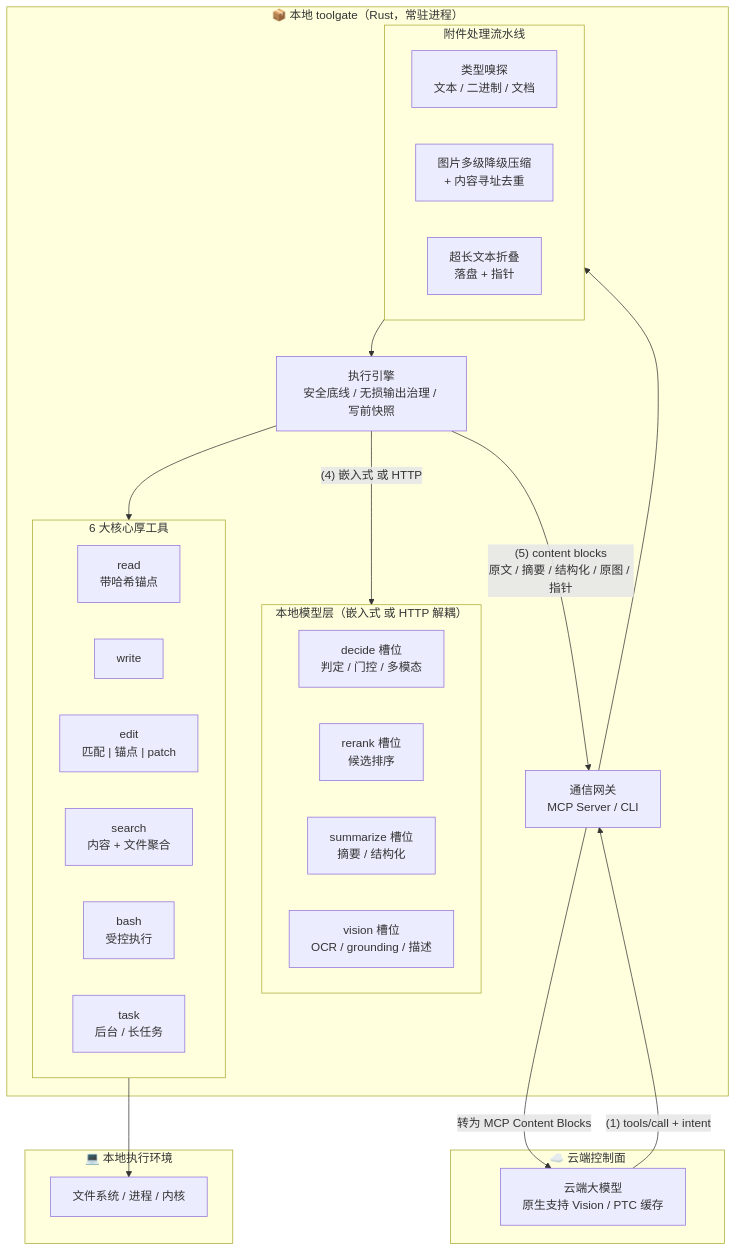
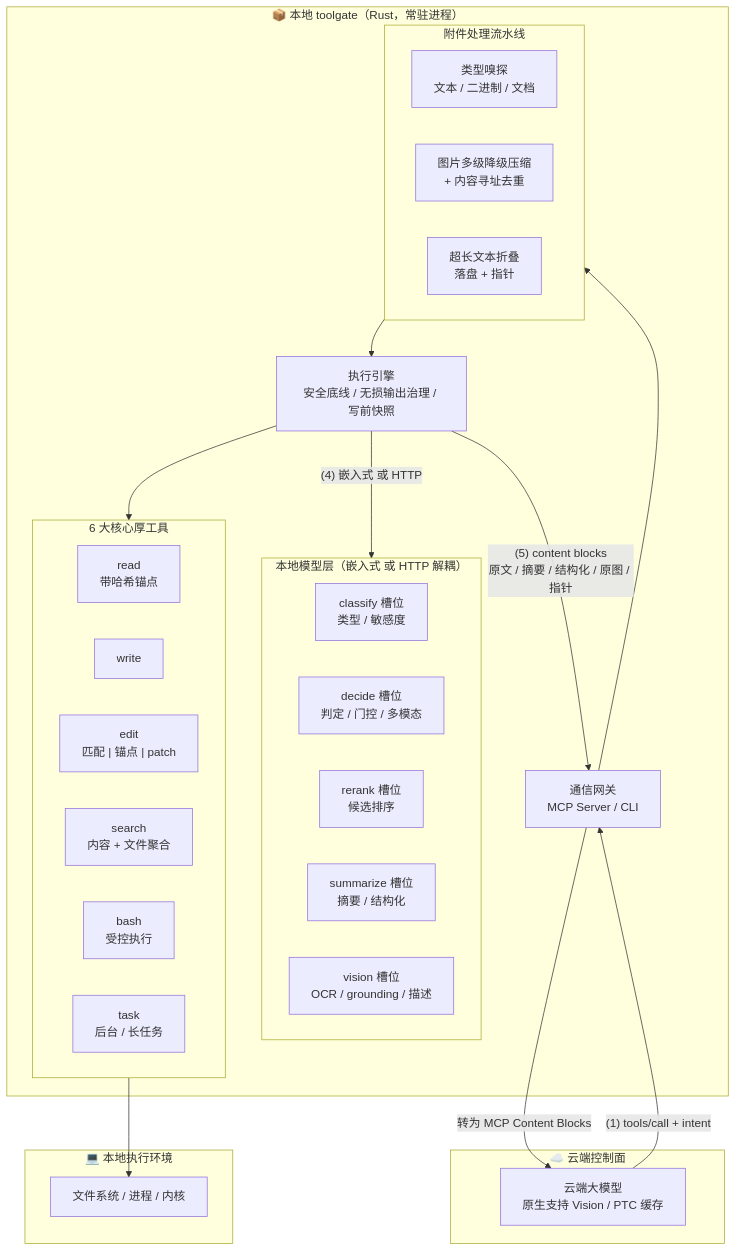
The first of 2 diagrams in docs/architecture.md (lws2004/toolgate), drawn with Mermaid before and after one commit. The commit also changed other lines of this file and 8 other files, not shown here.

````diff
--- a/docs/architecture.md
+++ b/docs/architecture.md
@@ -229,48 +276,49 @@
 ```mermaid
 flowchart TD
     subgraph Cloud["☁️ 云端控制面"]
         CloudLLM["云端大模型<br/>原生支持 Vision / PTC 缓存"]
     end
 
     subgraph LocalTool["📦 本地 toolgate（Rust，常驻进程）"]
         Gateway["通信网关<br/>MCP Server / CLI"]
 
         subgraph AttachmentPipeline["附件处理流水线"]
             TypeSniffer["类型嗅探<br/>文本 / 二进制 / 文档"]
             ImgProcessor["图片多级降级压缩<br/>+ 内容寻址去重"]
             TextFolder["超长文本折叠<br/>落盘 + 指针"]
         end
 
         subgraph ModelLayer["本地模型层（嵌入式 或 HTTP 解耦）"]
+            Classifier["classify 槽位<br/>类型 / 敏感度"]
             Decider["decide 槽位<br/>判定 / 门控 / 多模态"]
             Reranker["rerank 槽位<br/>候选排序"]
             TextSLM["summarize 槽位<br/>摘要 / 结构化"]
             VisionSLM["vision 槽位<br/>OCR / grounding / 描述"]
         end
 
         Engine["执行引擎<br/>安全底线 / 无损输出治理 / 写前快照"]
 
         subgraph Executors["6 大核心厚工具"]
             direction LR
             T1["read<br/>带哈希锚点"]
             T2["write"]
             T3["edit<br/>匹配 | 锚点 | patch"]
             T4["search<br/>内容 + 文件聚合"]
             T5["bash<br/>受控执行"]
             T6["task<br/>后台 / 长任务"]
         end
     end
 
     subgraph LocalOS["💻 本地执行环境"]
         OS["文件系统 / 进程 / 内核"]
     end
 
     CloudLLM -- "(1) tools/call + intent" --> Gateway
     Gateway --> AttachmentPipeline
     AttachmentPipeline --> Engine
     Engine -- "(4) 嵌入式 或 HTTP" --> ModelLayer
     Engine --> Executors
     Executors --> OS
     Engine -- "(5) content blocks<br/>原文 / 摘要 / 结构化 / 原图 / 指针" --> Gateway
     Gateway -- "转为 MCP Content Blocks" --> CloudLLM
 ```
````
